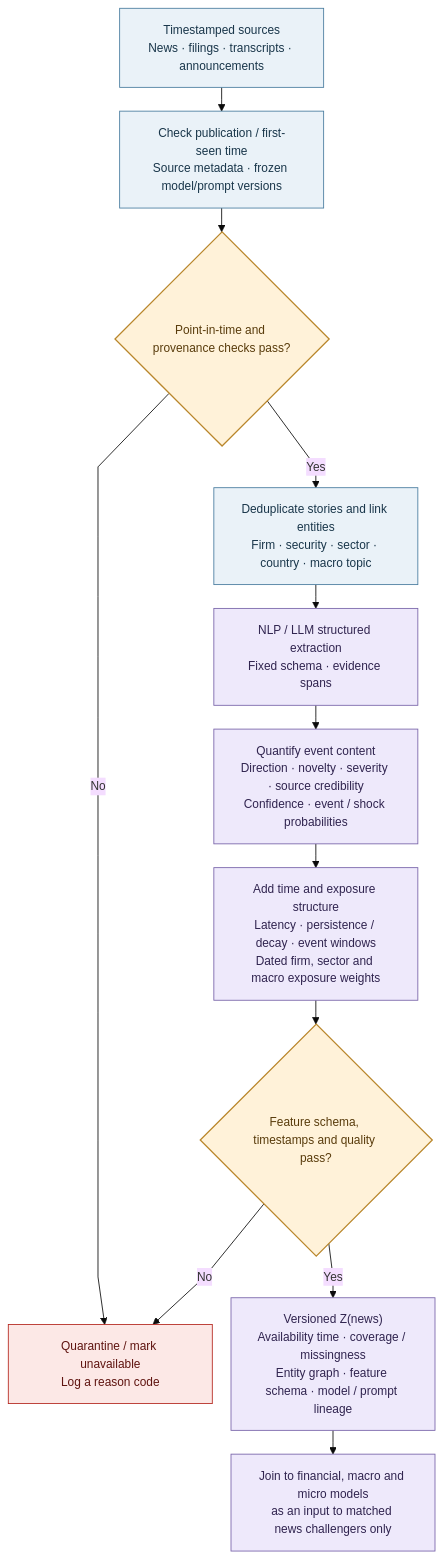
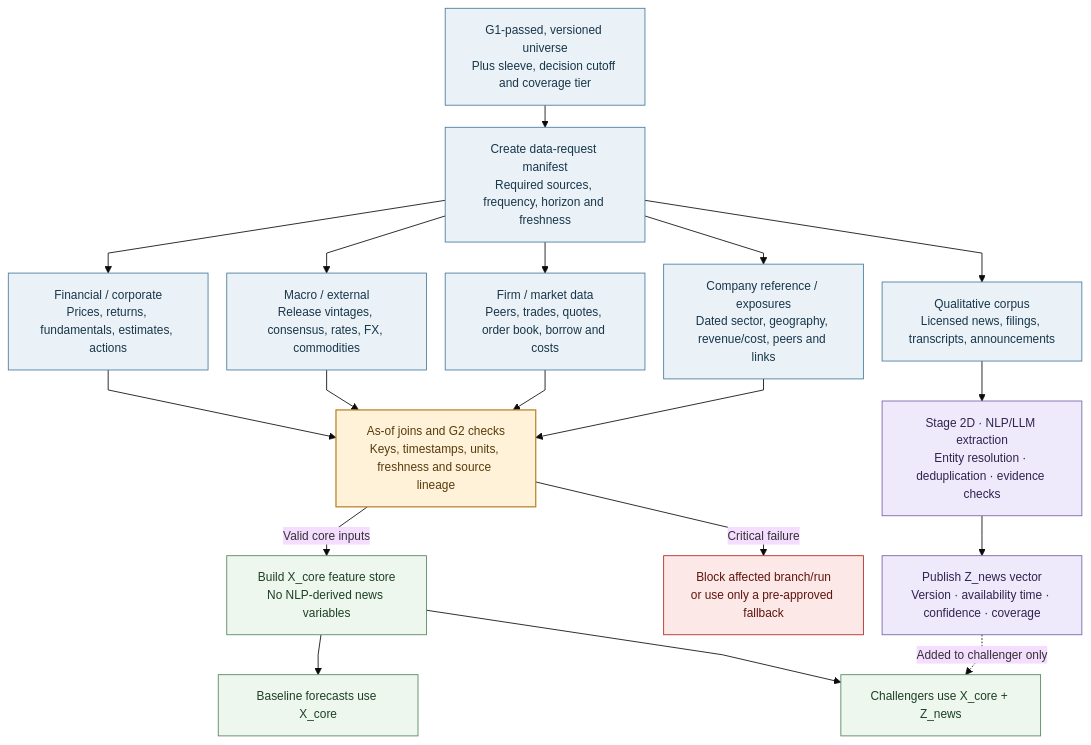
The second of 15 diagrams in docs/AQP OVERVIEW.md (dannysilverio6-creator/AQP---LSEG), drawn with Mermaid before and after one commit. The commit also changed other lines of this file, not shown here.

````diff
--- a/docs/AQP OVERVIEW.md
+++ b/docs/AQP OVERVIEW.md
@@ -143,24 +157,32 @@
 ```mermaid
-%%{init: {"theme": "base", "flowchart": {"nodeSpacing": 22, "rankSpacing": 28, "wrappingWidth": 180, "diagramPadding": 18, "curve": "linear"}, "themeVariables": {"fontSize": "14px"}}}%%
+%%{init: {"theme": "base", "flowchart": {"nodeSpacing": 22, "rankSpacing": 26, "wrappingWidth": 175, "diagramPadding": 18, "curve": "linear"}, "themeVariables": {"fontSize": "14px"}}}%%
 flowchart TB
-    RAW["Timestamped sources<br/>News · filings · transcripts · announcements"] --> TIME["Check publication / first-seen time<br/>Source metadata · frozen model/prompt versions"]
-    TIME --> GATE{Point-in-time and provenance checks pass?}
-    GATE -->|No| FAIL["Quarantine / mark unavailable<br/>Log a reason code"]
-    GATE -->|Yes| LINK["Deduplicate stories and link entities<br/>Firm · security · sector · country · macro topic"]
-    LINK --> EXTRACT["NLP / LLM structured extraction<br/>Fixed schema · evidence spans"]
-    EXTRACT --> QUANT["Quantify event content<br/>Direction · novelty · severity · source credibility<br/>Confidence · event / shock probabilities"]
-    QUANT --> DYNAMIC["Add time and exposure structure<br/>Latency · persistence / decay · event windows<br/>Dated firm, sector and macro exposure weights"]
-    DYNAMIC --> QC{Feature schema, timestamps and quality pass?}
-    QC -->|No| FAIL
-    QC -->|Yes| Z["Versioned Z(news)<br/>Availability time · coverage / missingness<br/>Entity graph · feature schema · model / prompt lineage"]
-    Z --> USE["Join to financial, macro and micro models<br/>as an input to matched news challengers only"]
+    U["G1-passed, versioned universe<br/>Plus sleeve, decision cutoff and coverage tier"] --> MANIFEST["Create data-request manifest<br/>Required sources, frequency, horizon and freshness"]
+    MANIFEST --> FIN["Financial / corporate<br/>Prices, returns, fundamentals, estimates, actions"]
+    MANIFEST --> MACRO["Macro / external<br/>Release vintages, consensus, rates, FX, commodities"]
+    MANIFEST --> MICRO["Firm / market data<br/>Peers, trades, quotes, order book, borrow and costs"]
+    MANIFEST --> REF["Company reference / exposures<br/>Dated sector, geography, revenue/cost, peers and links"]
+    MANIFEST --> TEXT["Qualitative corpus<br/>Licensed news, filings, transcripts, announcements"]
 
-    classDef data fill:#eaf2f8,stroke:#477b9e,color:#19364a,stroke-width:1px;
-    classDef model fill:#eee9fb,stroke:#7762a8,color:#30244f,stroke-width:1px;
+    FIN --> QC["As-of joins and G2 checks<br/>Keys, timestamps, units, freshness and source lineage"]
+    MACRO --> QC
+    MICRO --> QC
+    REF --> QC
+    QC -->|Valid core inputs| CORE["Build X_core feature store<br/>No NLP-derived news variables"]
+    QC -->|Critical failure| STOP["Block affected branch/run<br/>or use only a pre-approved fallback"]
+    TEXT --> NLP["Stage 2D · NLP/LLM extraction<br/>Entity resolution · deduplication · evidence checks"]
+    NLP --> Z["Publish Z_news vector<br/>Version · availability time · confidence · coverage"]
+    CORE --> BASE["Baseline forecasts use X_core"]
+    CORE --> CHAL["Challengers use X_core + Z_news"]
+    Z -. "Added to challenger only" .-> CHAL
+    classDef data fill:#eaf2f8,stroke:#477b9e,color:#19364a;
+    classDef model fill:#edf7ed,stroke:#54845e,color:#1d4026;
+    classDef news fill:#eee9fb,stroke:#7762a8,color:#30244f;
     classDef gate fill:#fff2d9,stroke:#b9862b,color:#593c0c,stroke-width:1.5px;
-    classDef stop fill:#fce8e6,stroke:#b3261e,color:#5f1410,stroke-width:1px;
-    class RAW,TIME,LINK data;
-    class EXTRACT,QUANT,DYNAMIC,Z,USE model;
-    class GATE,QC gate;
-    class FAIL stop;
+    classDef stop fill:#fce8e6,stroke:#b3261e,color:#5f1410;
+    class U,MANIFEST,FIN,MACRO,MICRO,REF,TEXT data;
+    class CORE,BASE,CHAL model;
+    class NLP,Z news;
+    class QC gate;
+    class STOP stop;
 ```
````
